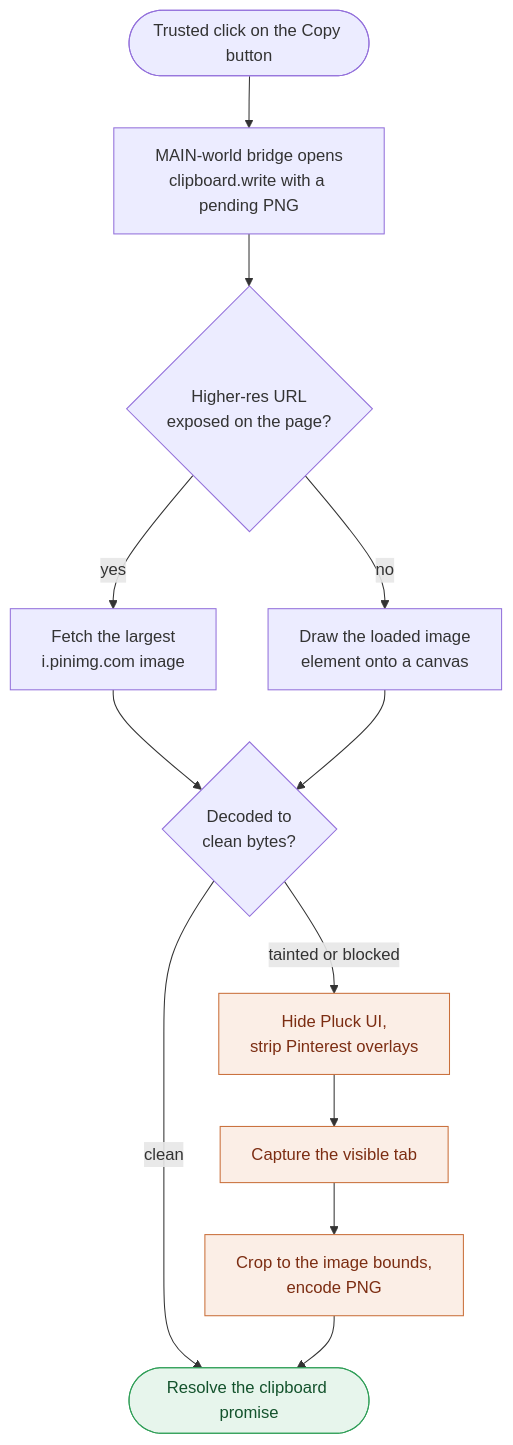
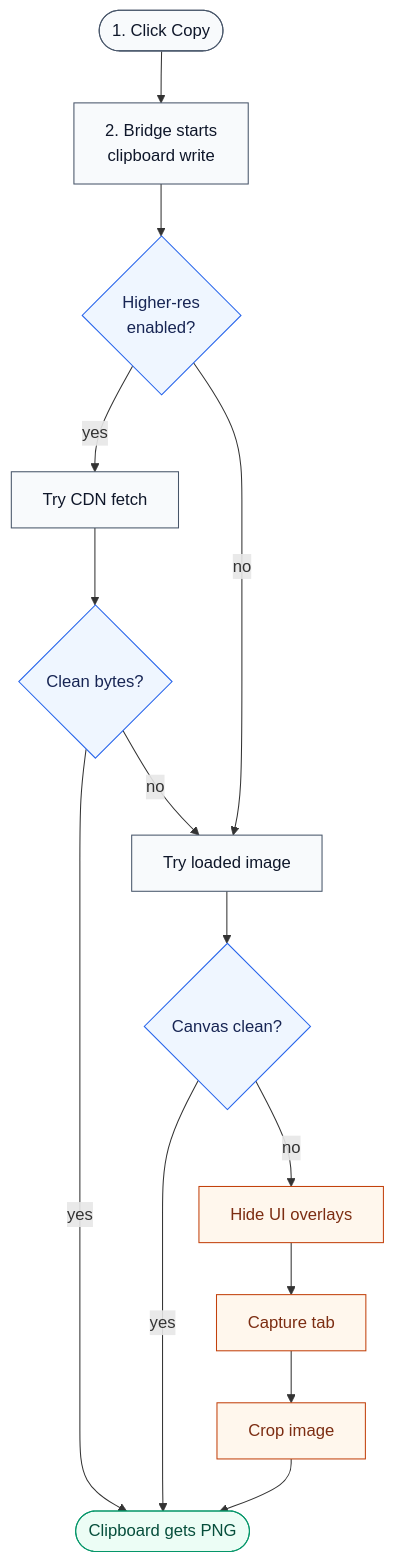
The second of 3 diagrams in README.md (Bbrizly/pluck), drawn with Mermaid before and after one commit. The commit also changed other lines of this file, not shown here.

````diff
--- a/README.md
+++ b/README.md
@@ -66,19 +75,28 @@
 ```mermaid
 flowchart TD
-  A([Trusted click on the Copy button]) --> B[MAIN-world bridge opens<br>clipboard.write with a pending PNG]
-  B --> C{Higher-res URL<br>exposed on the page?}
-  C -->|yes| D[Fetch the largest<br>i.pinimg.com image]
-  C -->|no| E[Draw the loaded image<br>element onto a canvas]
-  D --> F{Decoded to<br>clean bytes?}
-  E --> F
-  F -->|clean| Z([Resolve the clipboard promise])
-  F -->|tainted or blocked| G[Hide Pluck UI,<br>strip Pinterest overlays]
-  G --> H[Capture the visible tab]
-  H --> I[Crop to the image bounds,<br>encode PNG]
-  I --> Z
+  click(["1. Click Copy"]) --> bridge["2. Bridge starts<br/>clipboard write"]
+  bridge --> choice{"Higher-res<br/>enabled?"}
 
-  classDef ok fill:#e7f5ec,stroke:#2f9e57,color:#14532d;
-  classDef warn fill:#fbeee6,stroke:#c96f3a,color:#7c2d12;
-  class Z ok;
-  class G,H,I warn;
+  choice -->|yes| fetch["Try CDN fetch"]
+  choice -->|no| canvas["Try loaded image"]
+
+  fetch --> fetchOk{"Clean bytes?"}
+  fetchOk -->|yes| done(["Clipboard gets PNG"])
+  fetchOk -->|no| canvas
+
+  canvas --> canvasOk{"Canvas clean?"}
+  canvasOk -->|yes| done
+  canvasOk -->|no| clean["Hide UI overlays"]
+  clean --> capture["Capture tab"]
+  capture --> crop["Crop image"]
+  crop --> done
+
+  classDef start fill:#f8fafc,stroke:#475569,color:#0f172a;
+  classDef decision fill:#eff6ff,stroke:#2563eb,color:#172554;
+  classDef success fill:#ecfdf5,stroke:#059669,color:#064e3b;
+  classDef fallback fill:#fff7ed,stroke:#c2410c,color:#7c2d12;
+  class click,bridge,fetch,canvas start;
+  class choice,fetchOk,canvasOk decision;
+  class done success;
+  class clean,capture,crop fallback;
 ```
````
